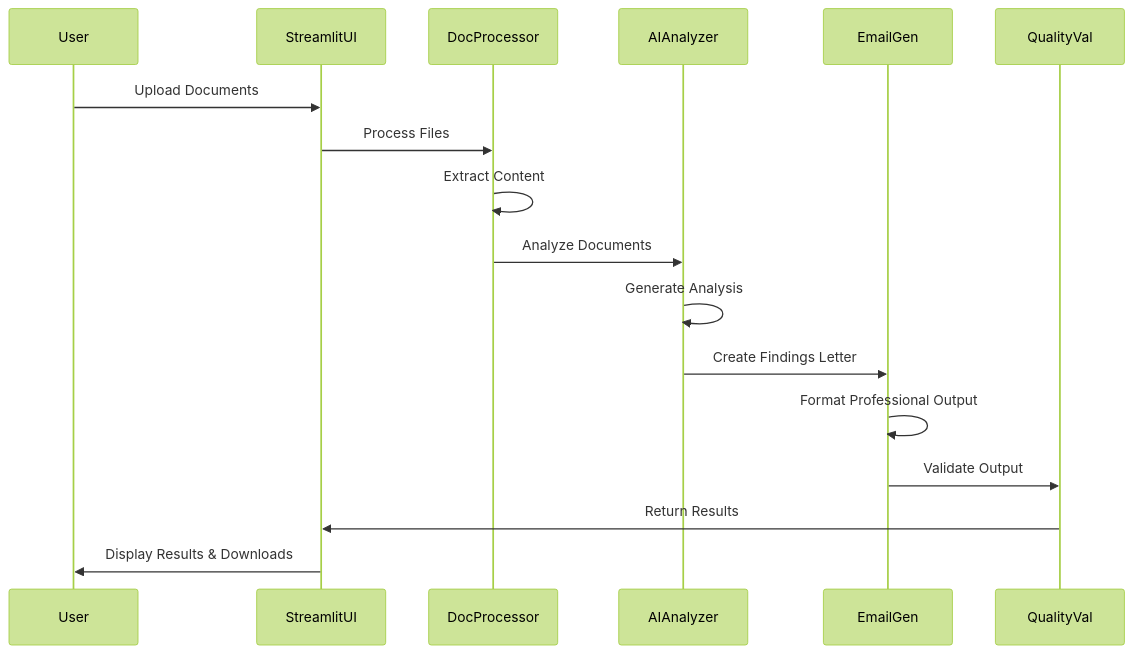
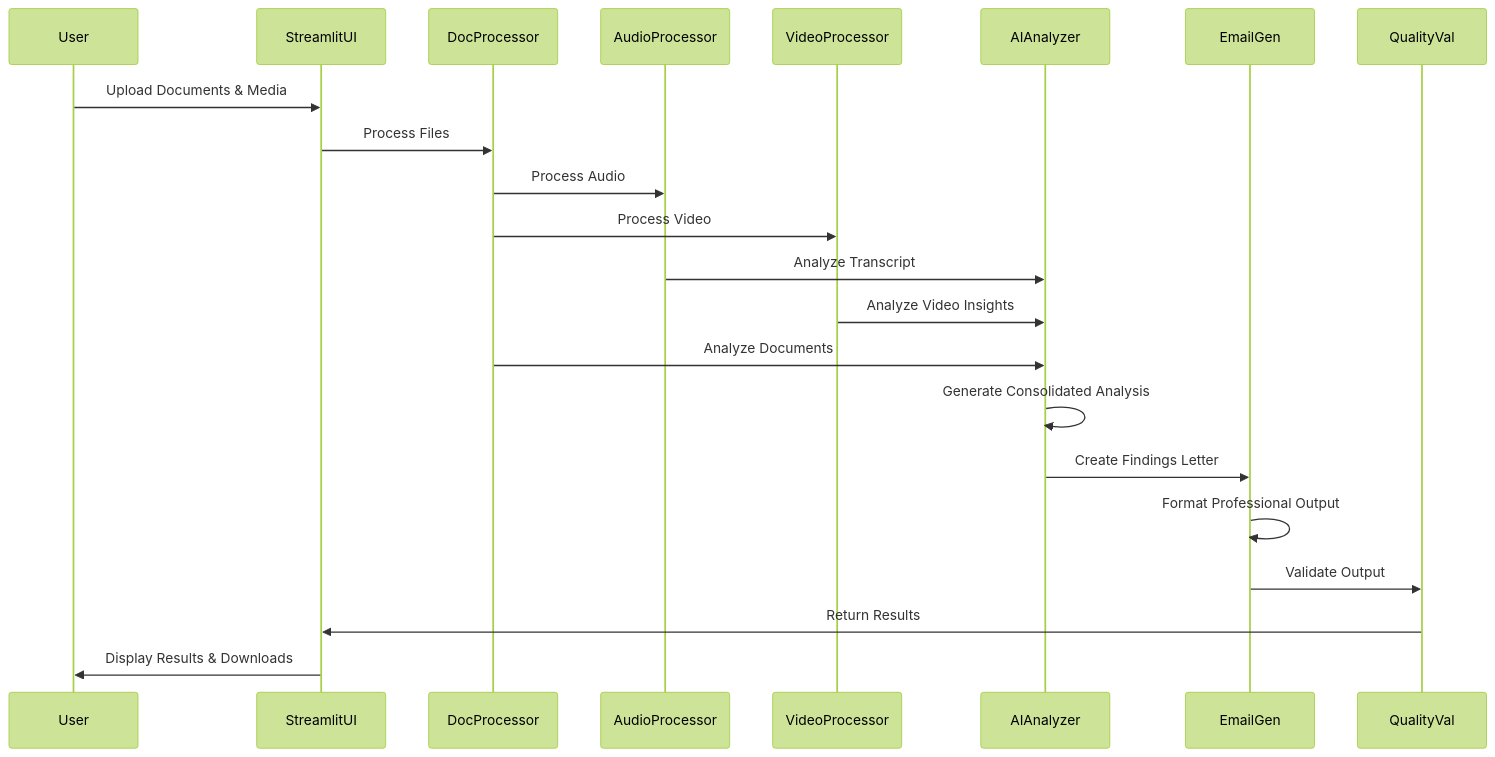
One commit to wisdom1456/Finding_Email changed the second of 2 diagrams in ARCHITECTURE.md. Above: the diagram before and after it, drawn with Mermaid (forest theme). The commit also changed other lines of this file and 45 other files, not shown here.

Commit message:
Video analysis is working

````diff
--- a/ARCHITECTURE.md
+++ b/ARCHITECTURE.md
@@ -188,20 +198,25 @@
 ```mermaid
 sequenceDiagram
     participant User
     participant StreamlitUI
     participant DocProcessor
+    participant AudioProcessor
+    participant VideoProcessor
     participant AIAnalyzer
     participant EmailGen
     participant QualityVal
-    
-    User->>StreamlitUI: Upload Documents
+
+    User->>StreamlitUI: Upload Documents & Media
     StreamlitUI->>DocProcessor: Process Files
-    DocProcessor->>DocProcessor: Extract Content
+    DocProcessor->>AudioProcessor: Process Audio
+    DocProcessor->>VideoProcessor: Process Video
+    AudioProcessor->>AIAnalyzer: Analyze Transcript
+    VideoProcessor->>AIAnalyzer: Analyze Video Insights
     DocProcessor->>AIAnalyzer: Analyze Documents
-    AIAnalyzer->>AIAnalyzer: Generate Analysis
+    AIAnalyzer->>AIAnalyzer: Generate Consolidated Analysis
     AIAnalyzer->>EmailGen: Create Findings Letter
     EmailGen->>EmailGen: Format Professional Output
     EmailGen->>QualityVal: Validate Output
     QualityVal->>StreamlitUI: Return Results
     StreamlitUI->>User: Display Results & Downloads
 ```
````
